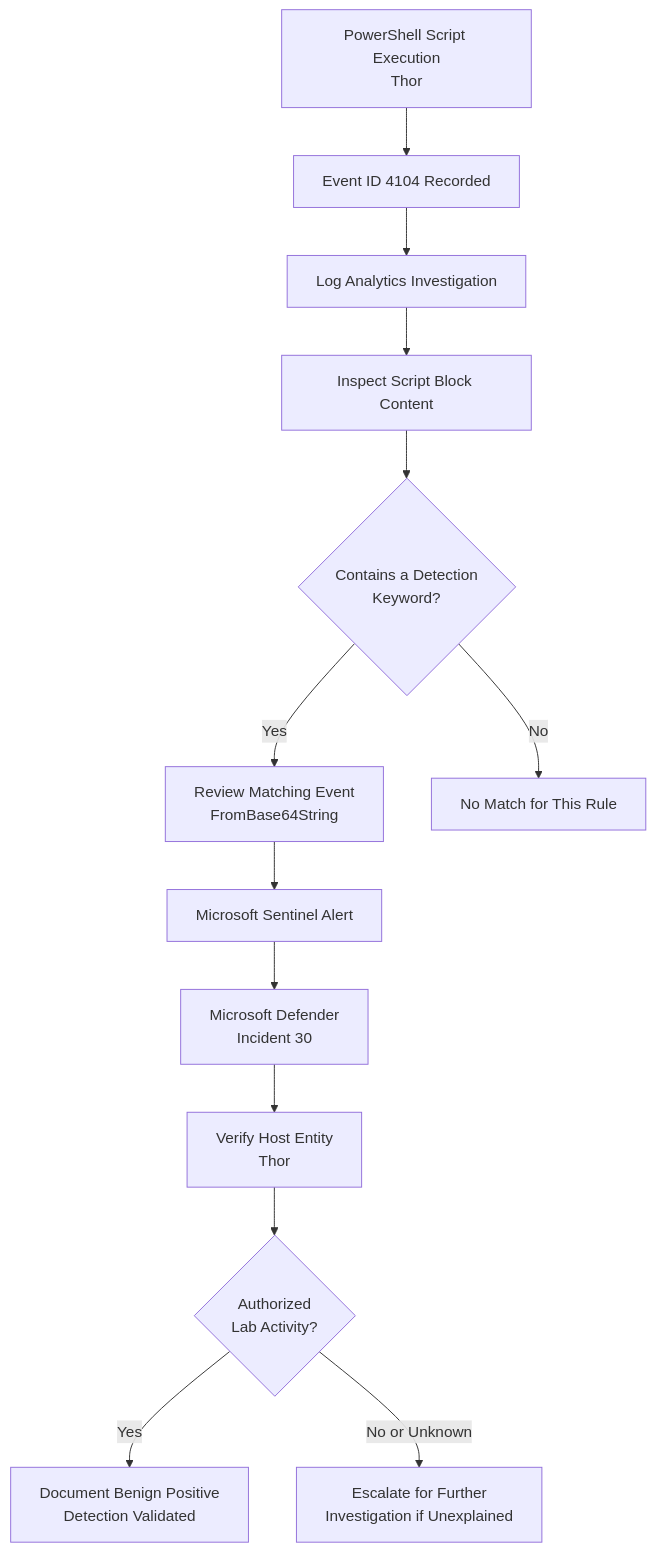
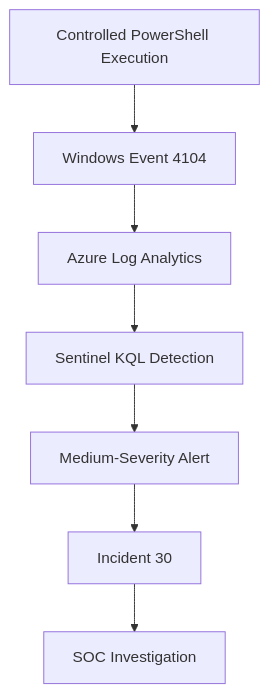
One commit to CyberAmal/microsoft-sentinel-cloud-soc changed the second of 2 diagrams in investigations/02-suspicious-powershell/README.md. Above: the diagram before and after it, drawn with Mermaid. The commit also changed other lines of this file, not shown here.

````diff
--- a/investigations/02-suspicious-powershell/README.md
+++ b/investigations/02-suspicious-powershell/README.md
@@ -328,29 +103,9 @@
 ```mermaid
 flowchart TD
-    A["PowerShell Script Execution<br/>Thor"]
-    B["Event ID 4104 Recorded"]
-    C["Log Analytics Investigation"]
-    D["Inspect Script Block Content"]
-    E{"Contains a Detection<br/>Keyword?"}
-    F["Review Matching Event<br/>FromBase64String"]
-    G["Microsoft Sentinel Alert"]
-    H["Microsoft Defender<br/>Incident 30"]
-    I["Verify Host Entity<br/>Thor"]
-    J{"Authorized<br/>Lab Activity?"}
-    K["Document Benign Positive<br/>Detection Validated"]
-    L["Escalate for Further<br/>Investigation if Unexplained"]
-    M["No Match for This Rule"]
-
-    A --> B
-    B --> C
-    C --> D
-    D --> E
-    E -->|Yes| F
-    E -->|No| M
-    F --> G
-    G --> H
-    H --> I
-    I --> J
-    J -->|Yes| K
-    J -->|No or Unknown| L
+    A["Controlled PowerShell Execution"] --> B["Windows Event 4104"]
+    B --> C["Azure Log Analytics"]
+    C --> D["Sentinel KQL Detection"]
+    D --> E["Medium-Severity Alert"]
+    E --> F["Incident 30"]
+    F --> G["SOC Investigation"]
 ```
````
